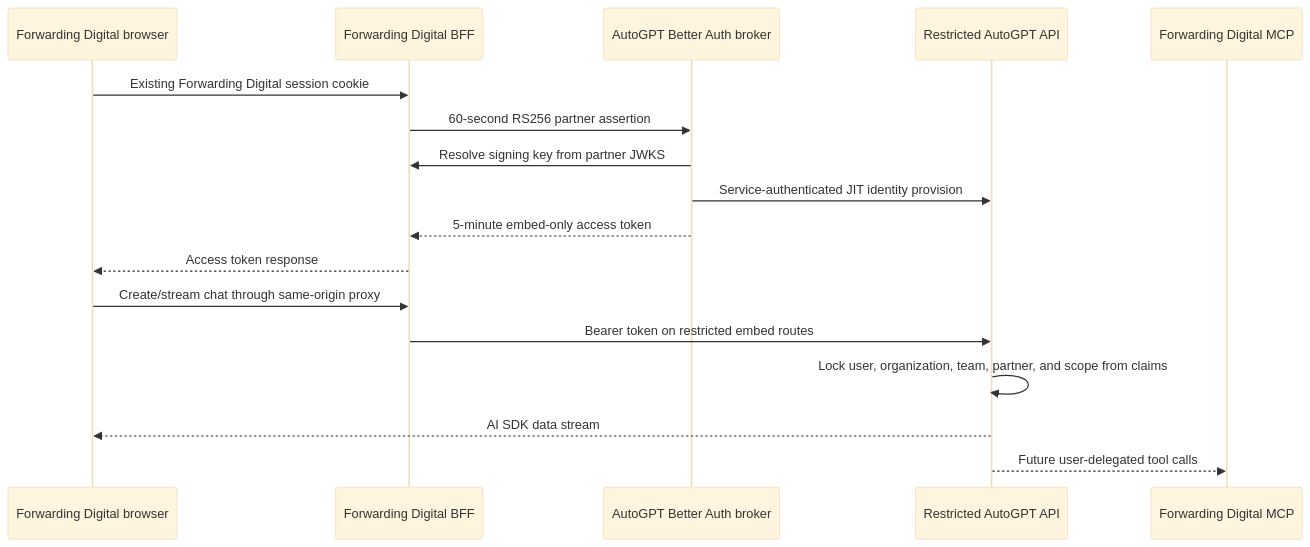
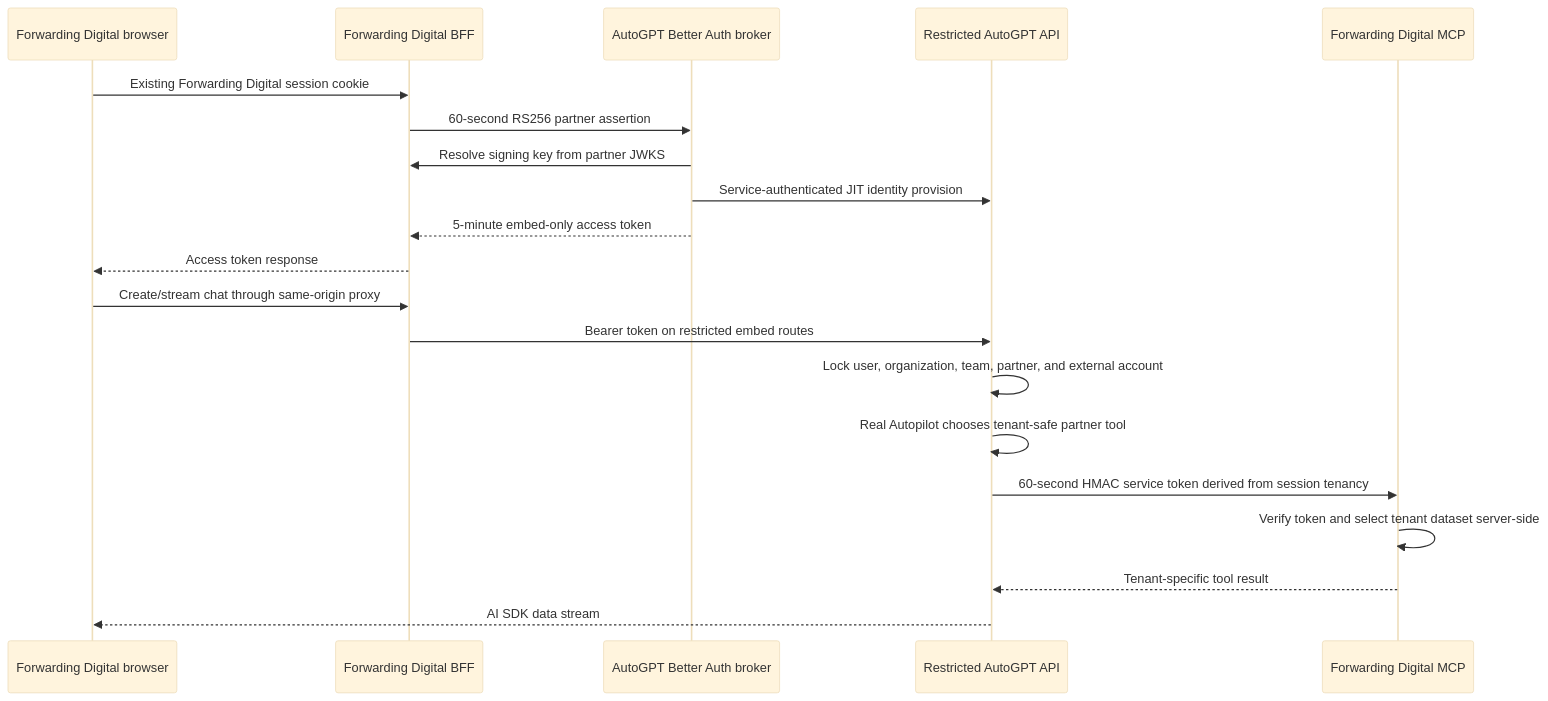
The diagram in autogpt_platform/partner_embed_poc/README.md (Significant-Gravitas/AutoGPT), drawn with Mermaid (base theme) before and after one commit. The commit also changed other lines of this file and 47 other files, not shown here.

Commit message:
feat(platform): connect partner chat to tenant MCP

````diff
--- a/autogpt_platform/partner_embed_poc/README.md
+++ b/autogpt_platform/partner_embed_poc/README.md
@@ -44,20 +49,23 @@
 ```mermaid
 sequenceDiagram
     participant Browser as Forwarding Digital browser
     participant Partner as Forwarding Digital BFF
     participant Broker as AutoGPT Better Auth broker
     participant API as Restricted AutoGPT API
     participant MCP as Forwarding Digital MCP
 
     Browser->>Partner: Existing Forwarding Digital session cookie
     Partner->>Broker: 60-second RS256 partner assertion
     Broker->>Partner: Resolve signing key from partner JWKS
     Broker->>API: Service-authenticated JIT identity provision
     Broker-->>Partner: 5-minute embed-only access token
     Partner-->>Browser: Access token response
     Browser->>Partner: Create/stream chat through same-origin proxy
     Partner->>API: Bearer token on restricted embed routes
-    API->>API: Lock user, organization, team, partner, and scope from claims
+    API->>API: Lock user, organization, team, partner, and external account
+    API->>API: Real Autopilot chooses tenant-safe partner tool
+    API->>MCP: 60-second HMAC service token derived from session tenancy
+    MCP->>MCP: Verify token and select tenant dataset server-side
+    MCP-->>API: Tenant-specific tool result
     API-->>Browser: AI SDK data stream
-    API-->>MCP: Future user-delegated tool calls
 ```
````
